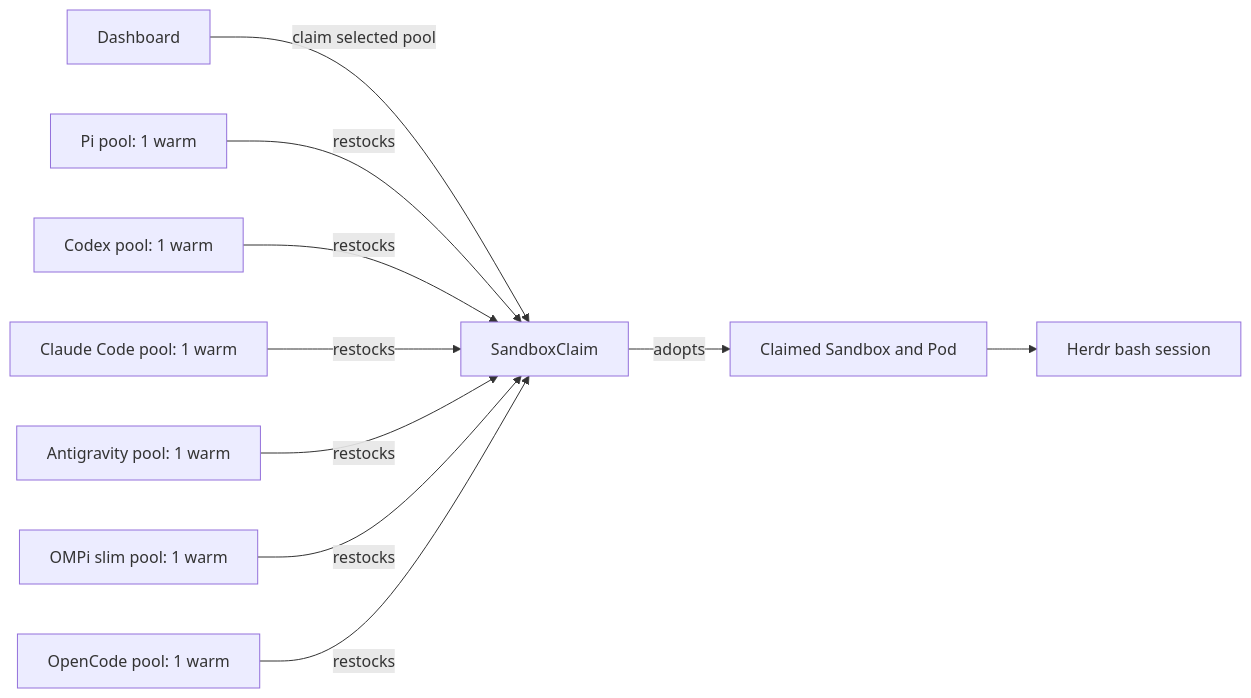
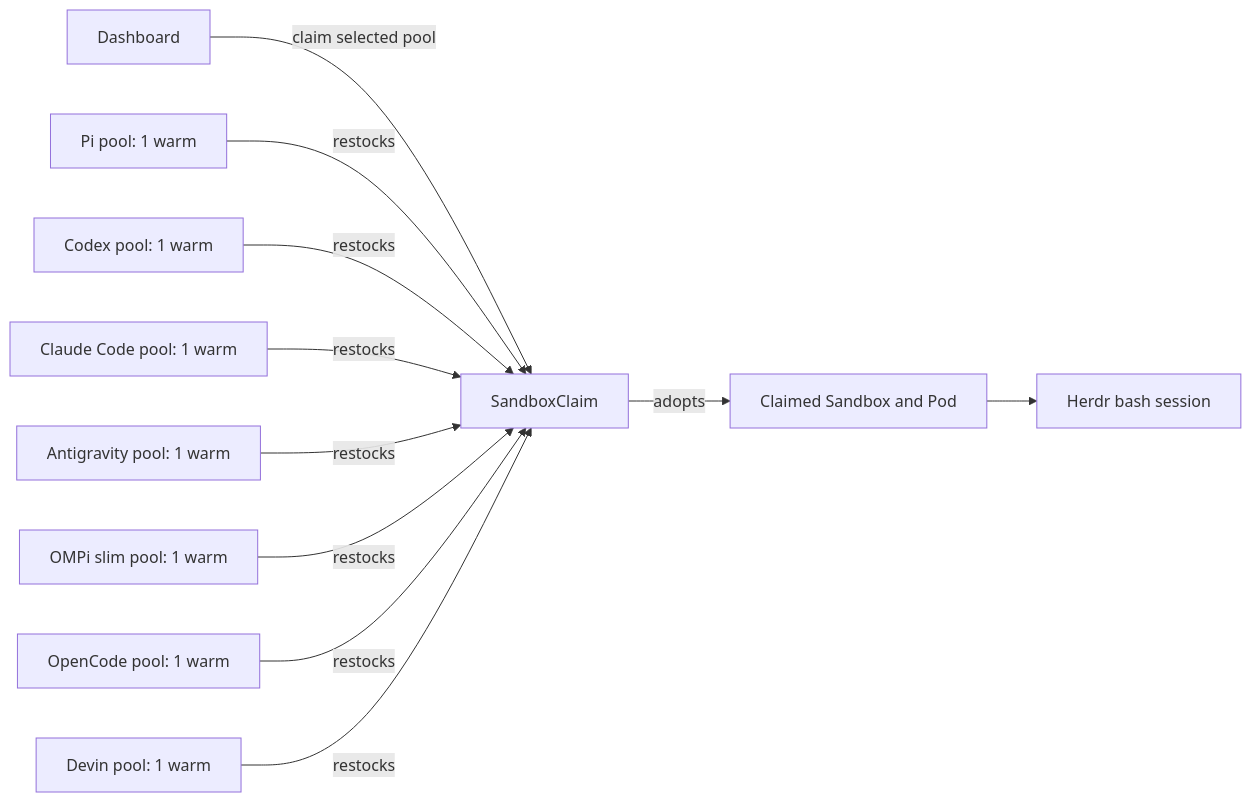
Before and after one commit to tmih06/nightshift: the second of 4 diagrams in ARCHITECTURE.md, drawn with Mermaid. The commit also changed other lines of this file and 100 other files, not shown here.

````diff
--- a/ARCHITECTURE.md
+++ b/ARCHITECTURE.md
@@ -67,12 +68,13 @@
 ```mermaid
 flowchart LR
   Dashboard -->|claim selected pool| Claim[SandboxClaim]
   Claim -->|adopts| Sandbox[Claimed Sandbox and Pod]
   Sandbox --> Session[Herdr bash session]
   Pi[Pi pool: 1 warm] -->|restocks| Claim
   Codex[Codex pool: 1 warm] -->|restocks| Claim
   Claude[Claude Code pool: 1 warm] -->|restocks| Claim
   Agy[Antigravity pool: 1 warm] -->|restocks| Claim
   Ompig[OMPi slim pool: 1 warm] -->|restocks| Claim
   OpenCode[OpenCode pool: 1 warm] -->|restocks| Claim
+  Devin[Devin pool: 1 warm] -->|restocks| Claim
 ```
````
